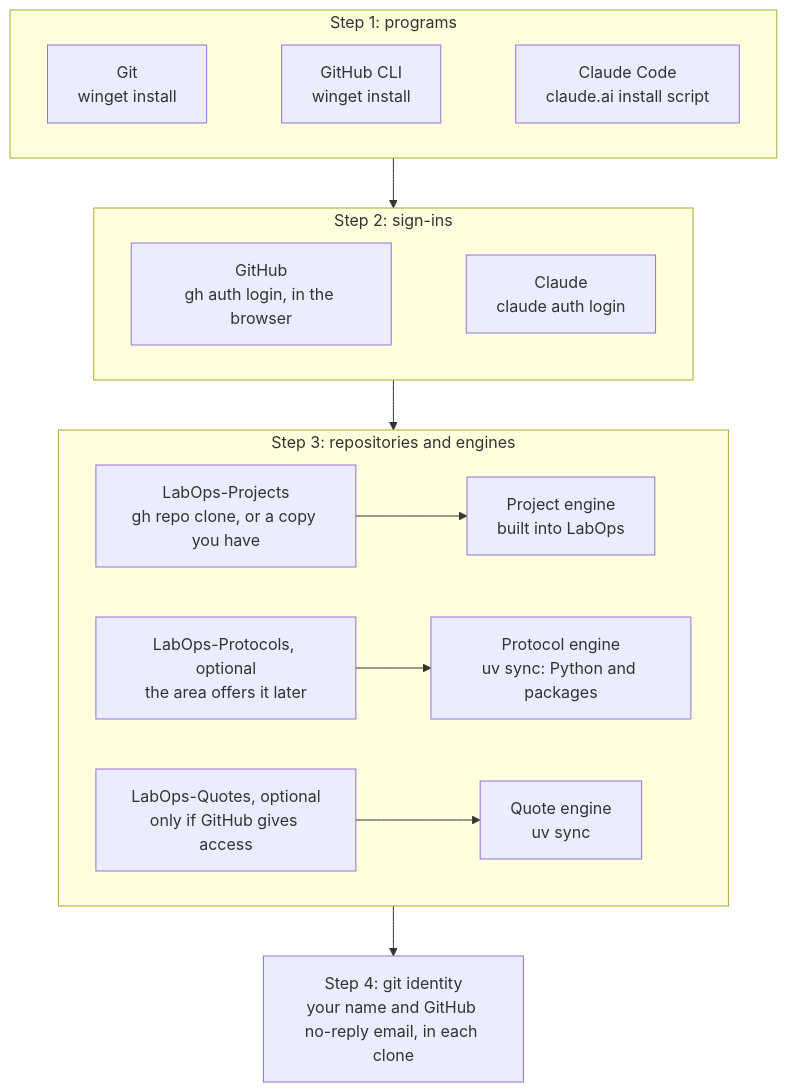
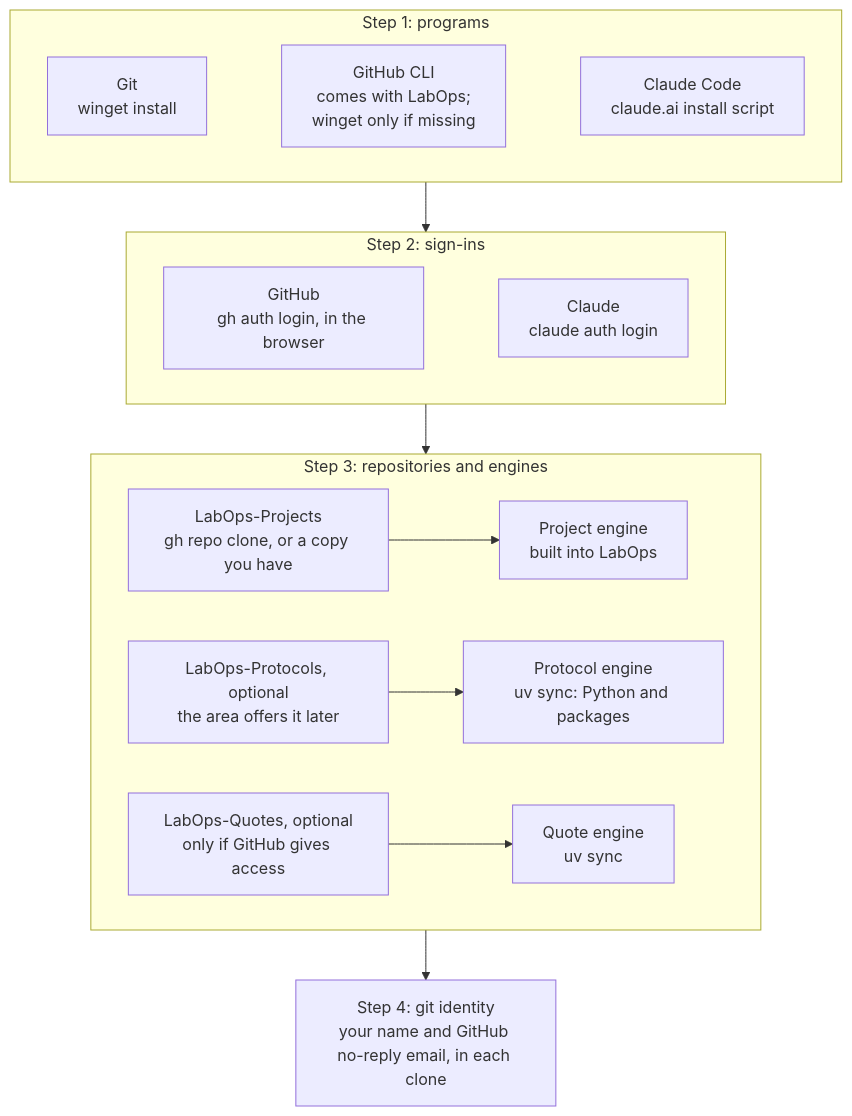
Before and after one commit to uw-maccosslab/LabOps: the eighth of 11 diagrams in docs/flows.md, drawn with Mermaid. The commit also changed other lines of this file and 3 other files, not shown here.

````diff
--- a/docs/flows.md
+++ b/docs/flows.md
@@ -263,19 +263,19 @@
 ```mermaid
 flowchart TB
     subgraph programs["Step 1: programs"]
         direction LR
-        gitStep["Git<br/>winget install"] ~~~ ghStep["GitHub CLI<br/>winget install"] ~~~ claudeStep["Claude Code<br/>claude.ai install script"]
+        gitStep["Git<br/>winget install"] ~~~ ghStep["GitHub CLI<br/>comes with LabOps;<br/>winget only if missing"] ~~~ claudeStep["Claude Code<br/>claude.ai install script"]
     end
     subgraph signIns["Step 2: sign-ins"]
         direction LR
         ghSign["GitHub<br/>gh auth login, in the browser"] ~~~ claudeSign["Claude<br/>claude auth login"]
     end
     subgraph repos["Step 3: repositories and engines"]
         direction LR
         lpClone["LabOps-Projects<br/>gh repo clone, or a copy you have"] --> lpEngine["Project engine<br/>built into LabOps"]
         prClone["LabOps-Protocols, optional<br/>the area offers it later"] --> prEngine["Protocol engine<br/>uv sync: Python and packages"]
         sqClone["LabOps-Quotes, optional<br/>only if GitHub gives access"] --> sqEngine["Quote engine<br/>uv sync"]
     end
     identity["Step 4: git identity<br/>your name and GitHub no-reply email, in each clone"]
     programs --> signIns --> repos --> identity
 ```
````
